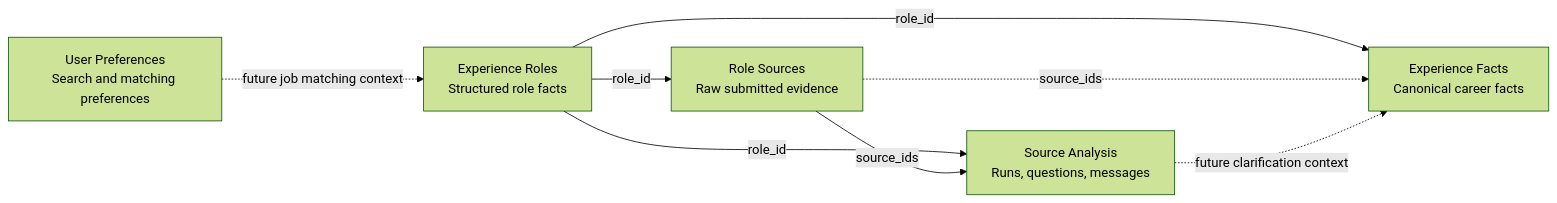
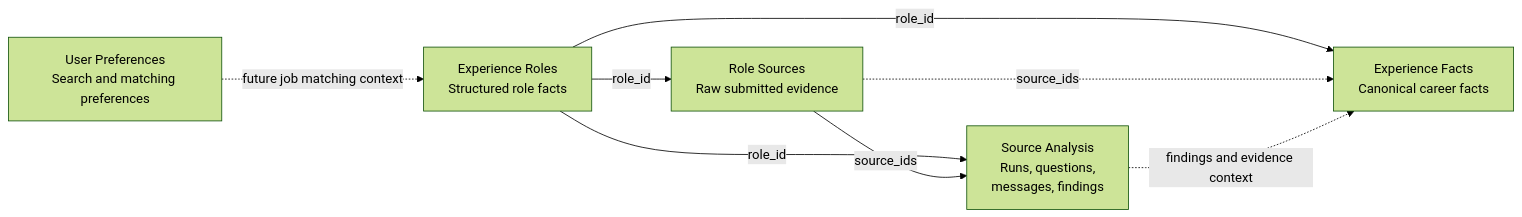
Before and after one commit to rsauers0/career-agent: the first of 8 diagrams in docs/diagrams.md, drawn with Mermaid (forest theme). The commit also changed other lines of this file and 17 other files, not shown here.

First line of the commit message:
Add source findings to source analysis

````diff
--- a/docs/diagrams.md
+++ b/docs/diagrams.md
@@ -9,17 +12,17 @@
 ```mermaid
 flowchart LR
     UserPreferences["User Preferences<br/>Search and matching preferences"]
     ExperienceRoles["Experience Roles<br/>Structured role facts"]
     RoleSources["Role Sources<br/>Raw submitted evidence"]
-    SourceAnalysis["Source Analysis<br/>Runs, questions, messages"]
+    SourceAnalysis["Source Analysis<br/>Runs, questions,<br/>messages, findings"]
     ExperienceFacts["Experience Facts<br/>Canonical career facts"]
 
     ExperienceRoles -->|"role_id"| RoleSources
     ExperienceRoles -->|"role_id"| SourceAnalysis
     RoleSources -->|"source_ids"| SourceAnalysis
     ExperienceRoles -->|"role_id"| ExperienceFacts
     RoleSources -. "source_ids" .-> ExperienceFacts
-    SourceAnalysis -. "future clarification context" .-> ExperienceFacts
+    SourceAnalysis -. "findings and evidence context" .-> ExperienceFacts
 
     UserPreferences -. "future job matching context" .-> ExperienceRoles
 ```
````
